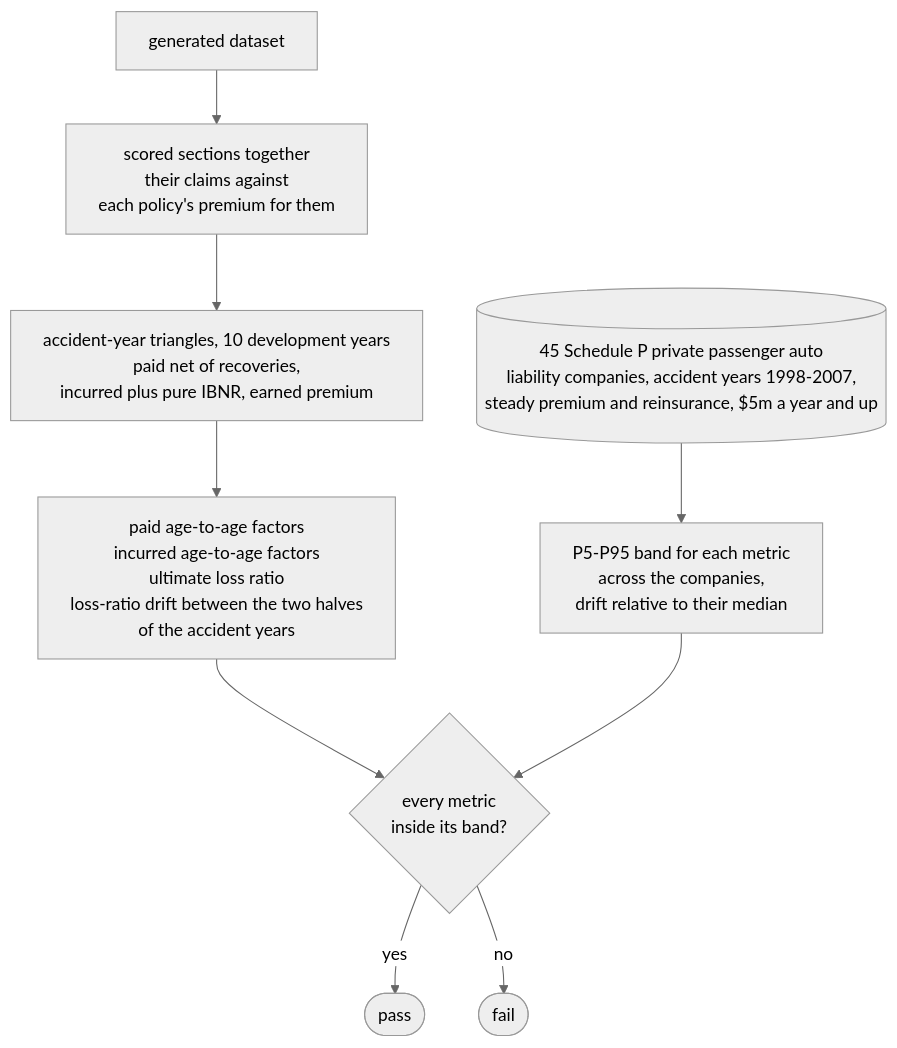
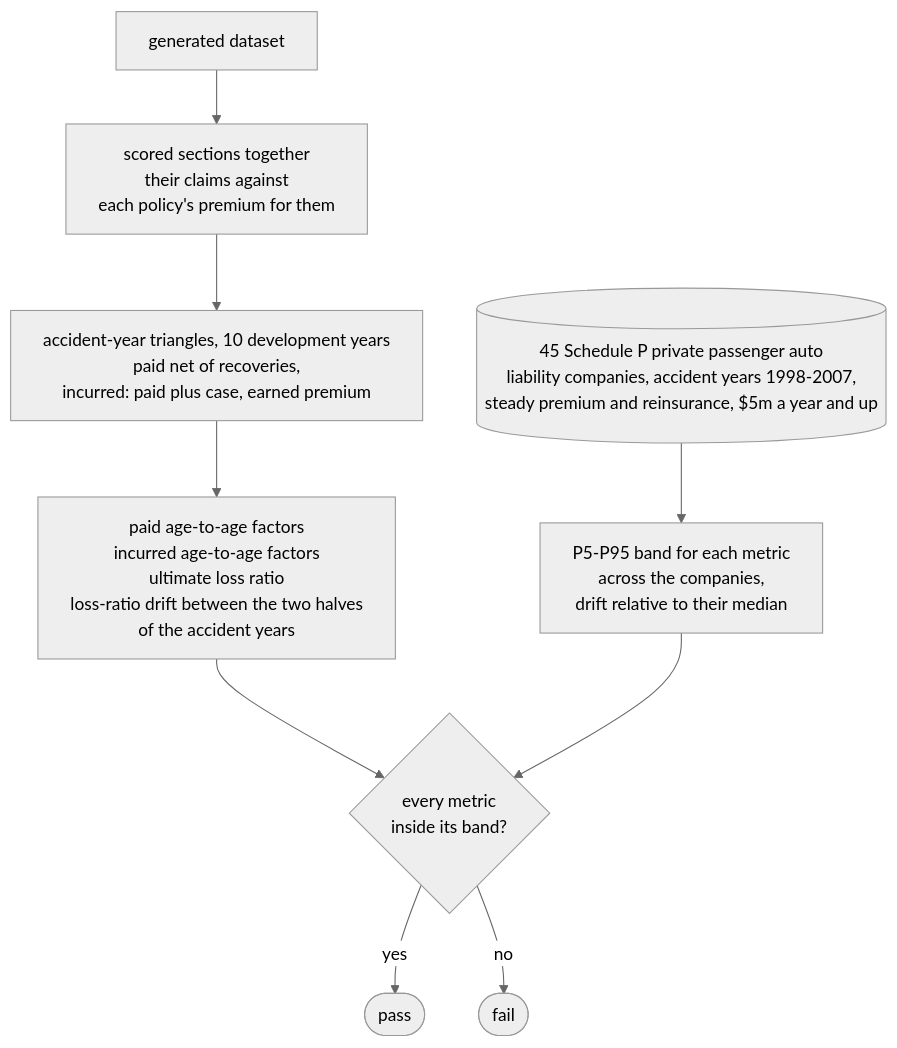
Before and after one commit to le-marais/claims-data-generator: the tenth of 10 diagrams in README.md, drawn with Mermaid (neutral theme). The commit also changed other lines of this file and 13 other files, not shown here.

Commit message:
Score incurred development on Schedule P case incurred

````diff
--- a/README.md
+++ b/README.md
@@ -384,17 +384,17 @@
 ```mermaid
 %%{init: {"flowchart": {"wrappingWidth": 480}}}%%
 flowchart TD
     dataset["generated dataset"]
     section["scored sections together<br/>their claims against<br/>each policy's premium for them"]
-    triangles["accident-year triangles, 10 development years<br/>paid net of recoveries,<br/>incurred plus pure IBNR, earned premium"]
+    triangles["accident-year triangles, 10 development years<br/>paid net of recoveries,<br/>incurred: paid plus case, earned premium"]
     metrics["paid age-to-age factors<br/>incurred age-to-age factors<br/>ultimate loss ratio<br/>loss-ratio drift between the two halves<br/>of the accident years"]
     references[("45 Schedule P private passenger auto<br/>liability companies, accident years 1998-2007,<br/>steady premium and reinsurance, $5m a year and up")]
     bands["P5-P95 band for each metric<br/>across the companies,<br/>drift relative to their median"]
     verdict{"every metric<br/>inside its band?"}
     pass(["pass"])
     fail(["fail"])
     dataset --> section --> triangles --> metrics --> verdict
     references --> bands --> verdict
     verdict -- "yes" --> pass
     verdict -- "no" --> fail
 ```
````
